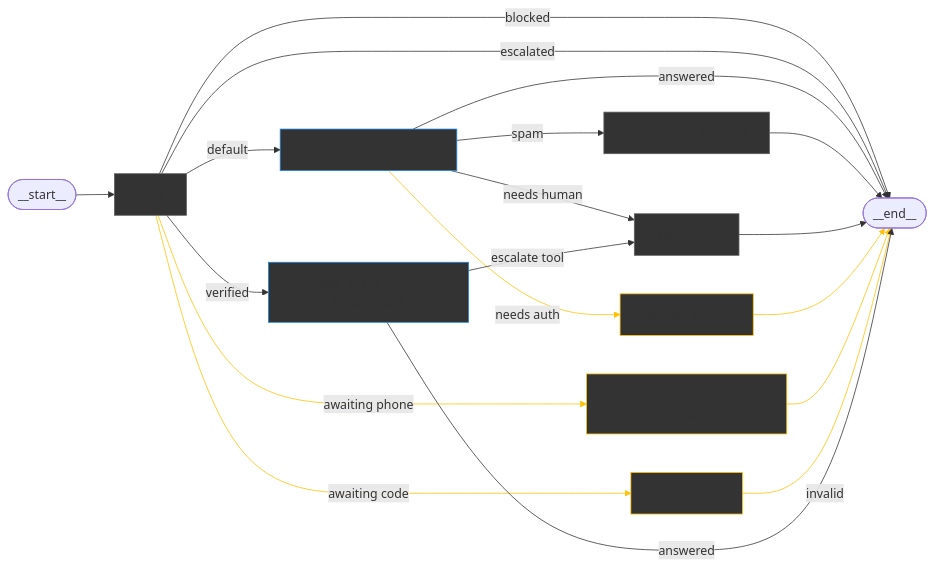
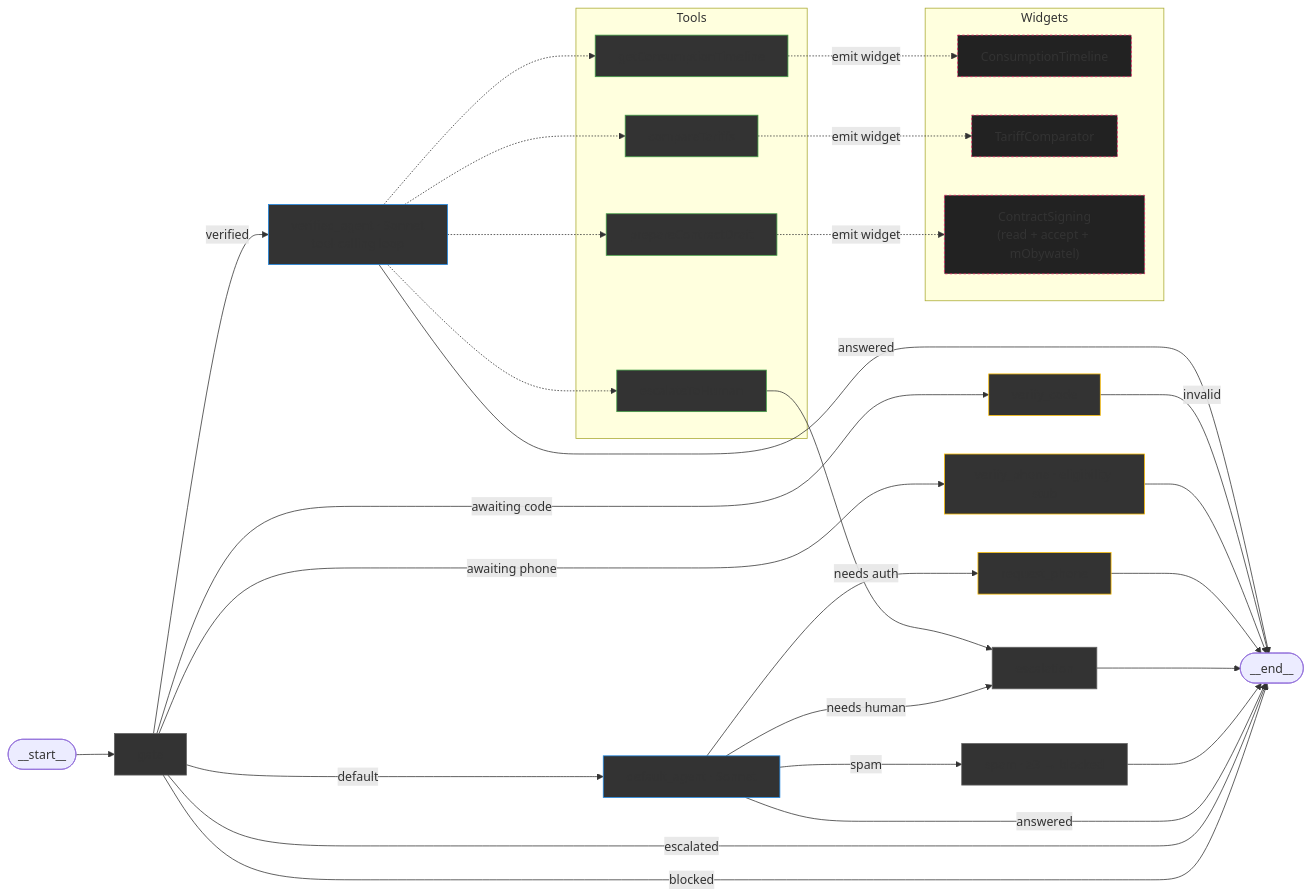
Before and after one commit to lebrande/eth-silesia-2026-hackathon: the first of 2 diagrams in apps/main/src/graphs/chat/chat.graph.md, drawn with Mermaid. The commit also changed other lines of this file and 2 other files, not shown here.

````diff
--- a/apps/main/src/graphs/chat/chat.graph.md
+++ b/apps/main/src/graphs/chat/chat.graph.md
@@ -1,45 +3,67 @@
 ```mermaid
 graph LR
     classDef llm fill:#333,stroke:#1e88e5
     classDef logic fill:#333,stroke:#616161
     classDef auth fill:#333,stroke:#ffc107
+    classDef tool fill:#333,stroke:#43a047
+    classDef widget fill:#222,stroke:#e91e63,stroke-dasharray:3 3
 
     __START__([__start__])
+    __END__([__end__])
+
     gate["gate"]:::logic
-    __END__([__end__])
 
     default_agent["default_agent · Sonnet"]:::llm
     spam["spam · ≥3 → blocked"]:::logic
     escalation["escalation"]:::logic
 
     request_phone["request_phone"]:::auth
     verify_phone["verify_phone · eligibility stub"]:::auth
     verify_code["verify_code"]:::auth
 
-    verified_agent["verified_agent · Sonnet · escalate tool"]:::llm
+    verified_agent["verified_agent · Sonnet<br/>tool-calling loop"]:::llm
+
+    subgraph agent_tools["Tools"]
+      t_consumption["getConsumptionTimeline"]:::tool
+      t_tariffs["compareTariffs"]:::tool
+      t_contract["prepareContractDraft"]:::tool
+      t_escalate["escalateToHuman"]:::tool
+    end
+
+    subgraph widgets["Widgets"]
+      w_timeline["ConsumptionTimeline"]:::widget
+      w_compare["TariffComparator"]:::widget
+      w_contract["ContractSigning<br/>(read + accept + mObywatel)"]:::widget
+    end
 
     __START__ --> gate
 
     gate -->|"blocked"| __END__
     gate -->|"escalated"| __END__
-
     gate -->|"default"| default_agent
-    default_agent -->|"answered"| __END__
-    default_agent -->|"spam"| spam
-    spam --> __END__
-    default_agent -->|"needs human"| escalation
-    escalation --> __END__
-
-    default_agent -->|"needs auth"| request_phone
     gate -->|"awaiting phone"| verify_phone
     gate -->|"awaiting code"| verify_code
+    gate -->|"verified"| verified_agent
+
+    default_agent -->|"answered"| __END__
+    default_agent -->|"needs auth"| request_phone
+    default_agent -->|"spam"| spam
+    default_agent -->|"needs human"| escalation
+
+    spam --> __END__
+    escalation --> __END__
     request_phone --> __END__
     verify_phone --> __END__
     verify_code -->|"invalid"| __END__
 
-    gate -->|"verified"| verified_agent
     verified_agent -->|"answered"| __END__
-    verified_agent -->|"escalate tool"| escalation
+    verified_agent -.-> t_consumption
+    verified_agent -.-> t_tariffs
+    verified_agent -.-> t_contract
+    verified_agent -.-> t_escalate
 
-    linkStyle 9,10,11,12,13,14 stroke:#ffc107
+    t_escalate --> escalation
+    t_consumption -.->|"emit widget"| w_timeline
+    t_tariffs -.->|"emit widget"| w_compare
+    t_contract -.->|"emit widget"| w_contract
 ```
````
